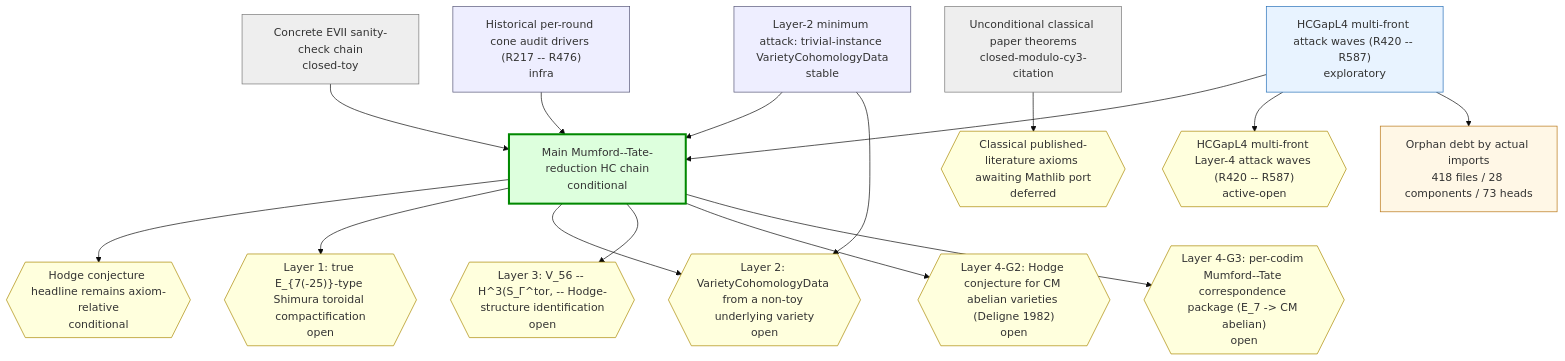
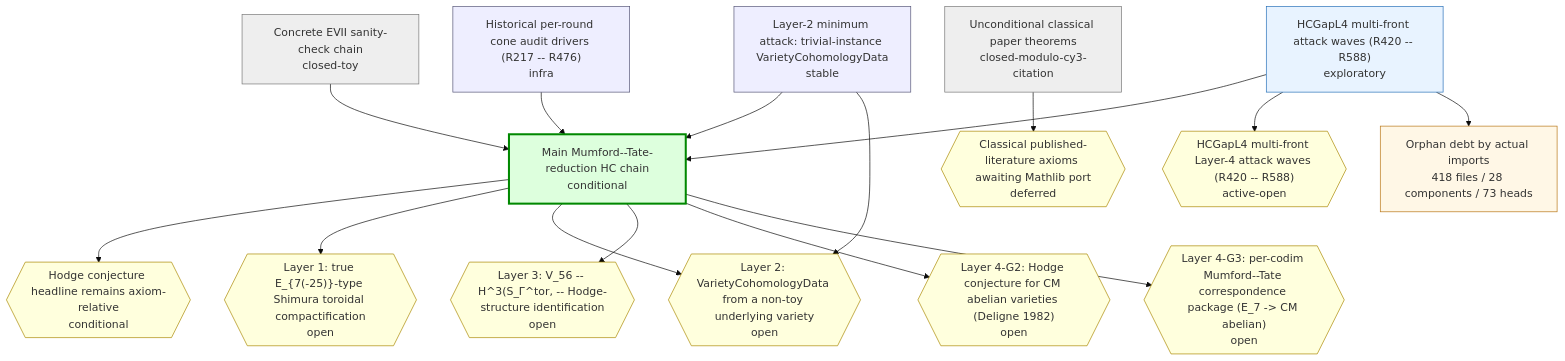
One commit to crabsatellite/hodge-conjecture-lean4-formalization changed the first of 2 diagrams in chain-status/research-map.md. Above: the diagram before and after it, drawn with Mermaid (base theme). The commit also changed other lines of this file and 7 other files, not shown here.

````diff
--- a/chain-status/research-map.md
+++ b/chain-status/research-map.md
@@ -45,44 +45,44 @@
 ```mermaid
 graph TD
   classDef main fill:#dfd,stroke:#080,stroke-width:3px
   classDef active fill:#e8f3ff,stroke:#2670b8
   classDef support fill:#eef,stroke:#557
   classDef closed fill:#eee,stroke:#777
   classDef dead fill:#fdd,stroke:#a00,stroke-width:2px
   classDef gapOpen fill:#ffd,stroke:#a80
   classDef gapClosed fill:#eee,stroke:#777
   classDef gapDead fill:#fdd,stroke:#a00
   classDef debt fill:#fff7e6,stroke:#b87514
   classDef debtTaxonomy fill:#e8f3ff,stroke:#2670b8,stroke-dasharray:3 3
   classDef debtRule fill:#eefbea,stroke:#398439,stroke-dasharray:3 3
   classDef debtDead fill:#fdd,stroke:#a00,stroke-dasharray:3 3
   chain_main_hc_axiom_relative["Main Mumford--Tate-reduction HC chain\nconditional"]:::main
   chain_unconditional_classical["Unconditional classical paper theorems\nclosed-modulo-cy3-citation"]:::closed
   chain_hcgap_l2_trivial_instances["Layer-2 minimum attack: trivial-instance VarietyCohomologyData\nstable"]:::support
-  chain_hcgap_l4_multifront_active["HCGapL4 multi-front attack waves (R420 -- R587)\nexploratory"]:::active
+  chain_hcgap_l4_multifront_active["HCGapL4 multi-front attack waves (R420 -- R588)\nexploratory"]:::active
   chain_concrete_evii_toy["Concrete EVII sanity-check chain\nclosed-toy"]:::closed
   chain_historical_cone_audits["Historical per-round cone audit drivers (R217 -- R476)\ninfra"]:::support
   gap_G_main_hc{{"Hodge conjecture headline remains axiom-relative\nconditional"}}:::gapOpen
   gap_G_l1_e7_shimura_tor{{"Layer 1: true E_{7(-25)}-type Shimura toroidal compactification\nopen"}}:::gapOpen
   gap_G_l2_cohomology_construction{{"Layer 2: VarietyCohomologyData from a non-toy underlying variety\nopen"}}:::gapOpen
   gap_G_l3_v56_mt_identification{{"Layer 3: V_56 -- H^3(S_Γ^tor, -- Hodge-structure identification\nopen"}}:::gapOpen
   gap_G_l4_cm_abelian_hc{{"Layer 4-G2: Hodge conjecture for CM abelian varieties (Deligne 1982)\nopen"}}:::gapOpen
   gap_G_l4_mt_correspondence{{"Layer 4-G3: per-codim Mumford--Tate correspondence package (E_7 -> CM abelian)\nopen"}}:::gapOpen
   gap_G_classical_mathlib_port{{"Classical published-literature axioms awaiting Mathlib port\ndeferred"}}:::gapOpen
-  gap_G_hcgap_l4_multifront{{"HCGapL4 multi-front Layer-4 attack waves (R420 -- R587)\nactive-open"}}:::gapOpen
+  gap_G_hcgap_l4_multifront{{"HCGapL4 multi-front Layer-4 attack waves (R420 -- R588)\nactive-open"}}:::gapOpen
   chain_main_hc_axiom_relative --> gap_G_main_hc
   chain_main_hc_axiom_relative --> gap_G_l1_e7_shimura_tor
   chain_main_hc_axiom_relative --> gap_G_l2_cohomology_construction
   chain_main_hc_axiom_relative --> gap_G_l3_v56_mt_identification
   chain_main_hc_axiom_relative --> gap_G_l4_cm_abelian_hc
   chain_main_hc_axiom_relative --> gap_G_l4_mt_correspondence
   chain_unconditional_classical --> gap_G_classical_mathlib_port
   chain_hcgap_l2_trivial_instances --> chain_main_hc_axiom_relative
   chain_hcgap_l2_trivial_instances --> gap_G_l2_cohomology_construction
   chain_hcgap_l4_multifront_active --> chain_main_hc_axiom_relative
   chain_hcgap_l4_multifront_active --> gap_G_hcgap_l4_multifront
   chain_concrete_evii_toy --> chain_main_hc_axiom_relative
   chain_historical_cone_audits --> chain_main_hc_axiom_relative
   debt_all["Orphan debt by actual imports\n418 files / 28 components / 73 heads"]:::debt
   chain_hcgap_l4_multifront_active --> debt_all
 ```
````
